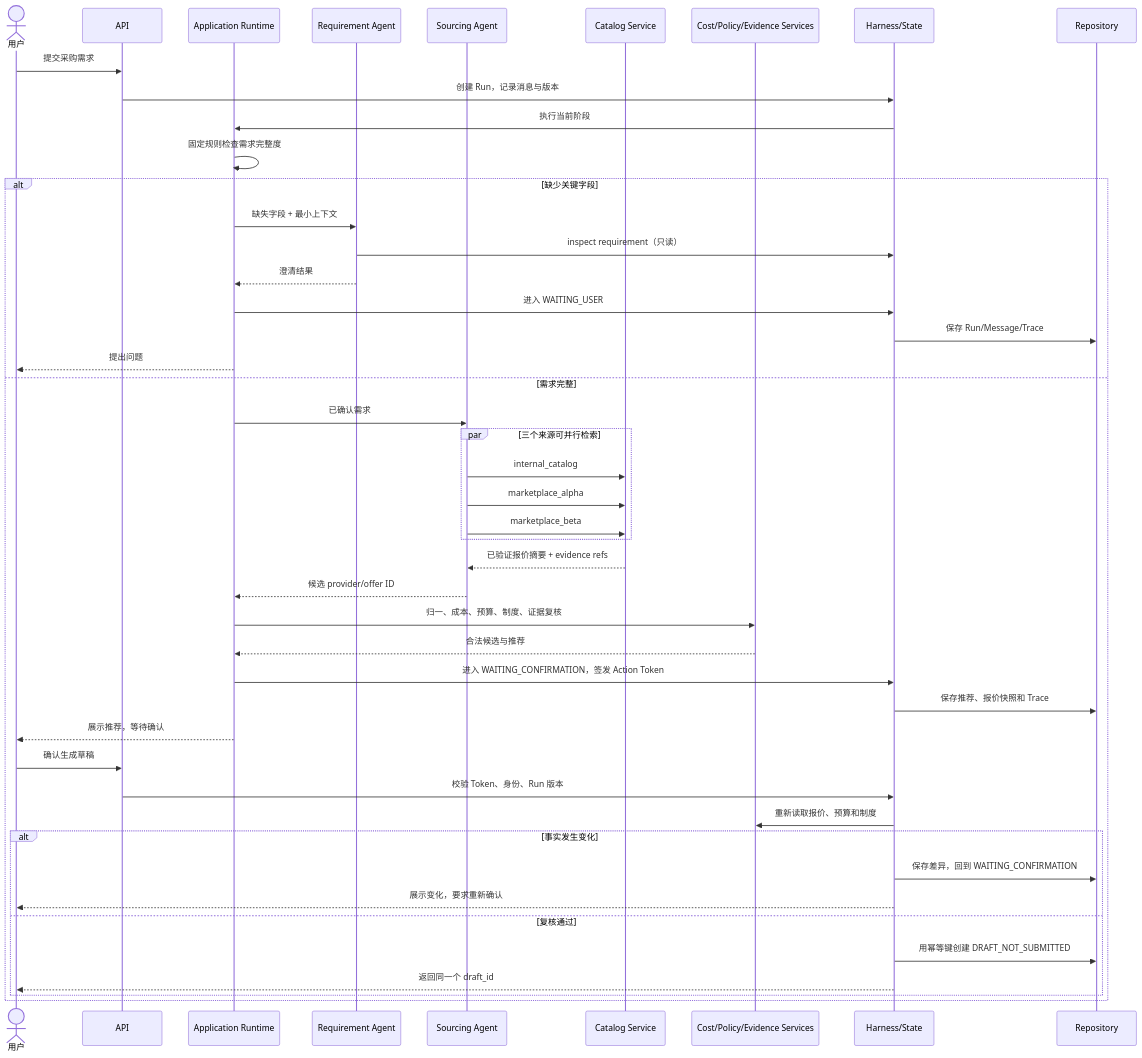
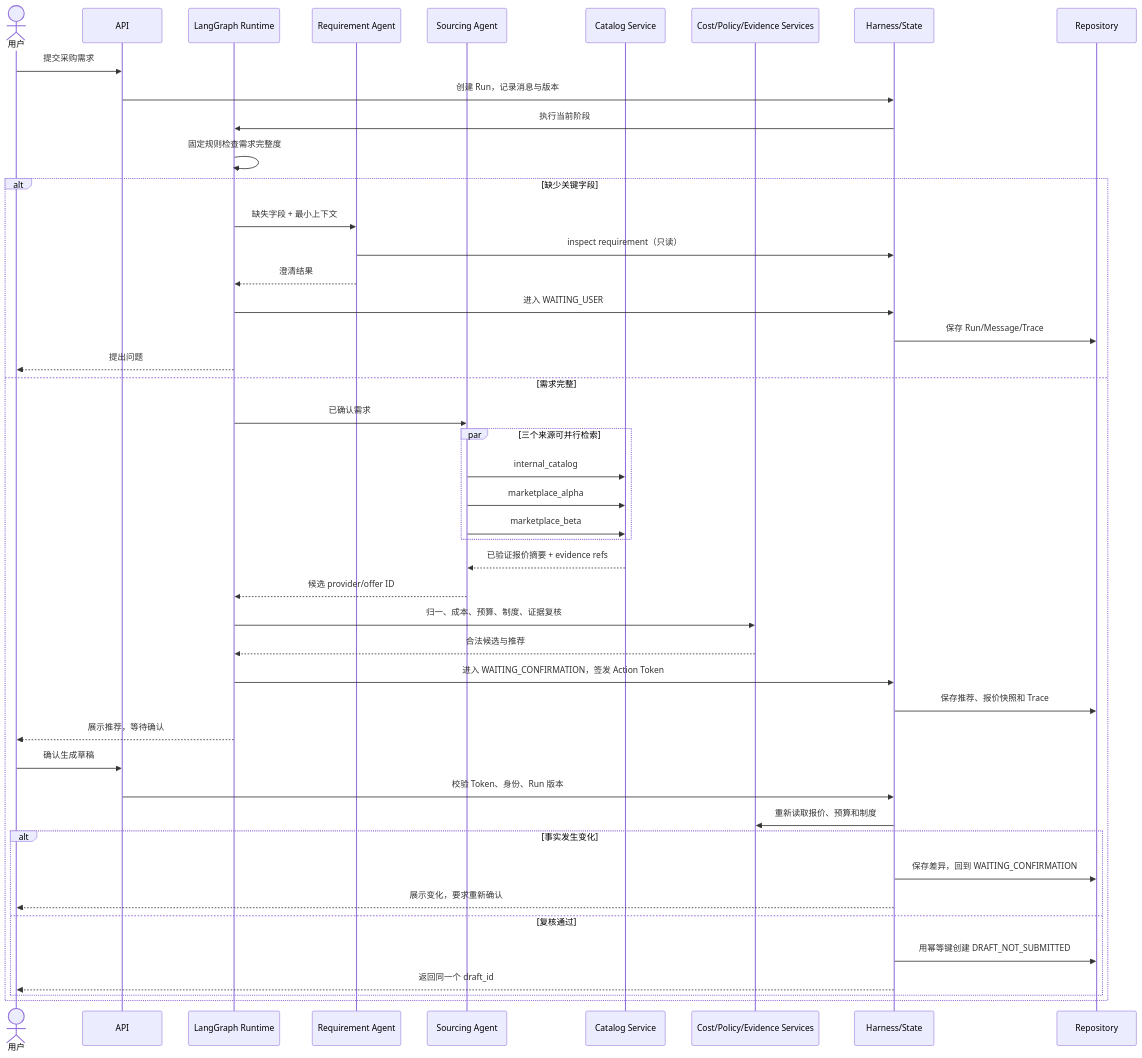
One commit to zxmEve/shopping-assistant changed the second of 2 diagrams in docs/02-architecture.md. Above: the diagram before and after it, drawn with Mermaid. The commit also changed other lines of this file and 53 other files, not shown here.

````diff
--- a/docs/02-architecture.md
+++ b/docs/02-architecture.md
@@ -94,49 +96,49 @@
 ```mermaid
 sequenceDiagram
     actor U as 用户
     participant API as API
-    participant RT as Application Runtime
+    participant RT as LangGraph Runtime
     participant RA as Requirement Agent
     participant SA as Sourcing Agent
     participant CAT as Catalog Service
     participant DS as Cost/Policy/Evidence Services
     participant H as Harness/State
     participant DB as Repository
 
     U->>API: 提交采购需求
     API->>H: 创建 Run，记录消息与版本
     H->>RT: 执行当前阶段
     RT->>RT: 固定规则检查需求完整度
     alt 缺少关键字段
         RT->>RA: 缺失字段 + 最小上下文
         RA->>H: inspect requirement（只读）
         RA-->>RT: 澄清结果
         RT->>H: 进入 WAITING_USER
         H->>DB: 保存 Run/Message/Trace
         RT-->>U: 提出问题
     else 需求完整
         RT->>SA: 已确认需求
         par 三个来源可并行检索
             SA->>CAT: internal_catalog
             SA->>CAT: marketplace_alpha
             SA->>CAT: marketplace_beta
         end
         CAT-->>SA: 已验证报价摘要 + evidence refs
         SA-->>RT: 候选 provider/offer ID
         RT->>DS: 归一、成本、预算、制度、证据复核
         DS-->>RT: 合法候选与推荐
         RT->>H: 进入 WAITING_CONFIRMATION，签发 Action Token
         H->>DB: 保存推荐、报价快照和 Trace
         RT-->>U: 展示推荐，等待确认
         U->>API: 确认生成草稿
         API->>H: 校验 Token、身份、Run 版本
         H->>DS: 重新读取报价、预算和制度
         alt 事实发生变化
             H->>DB: 保存差异，回到 WAITING_CONFIRMATION
             H-->>U: 展示变化，要求重新确认
         else 复核通过
             H->>DB: 用幂等键创建 DRAFT_NOT_SUBMITTED
             H-->>U: 返回同一个 draft_id
         end
     end
 ```
````
